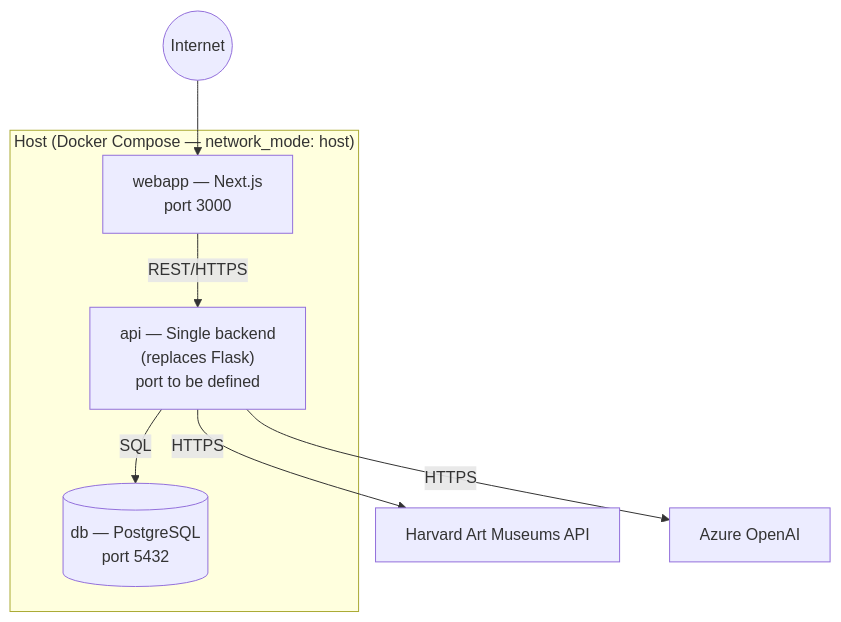
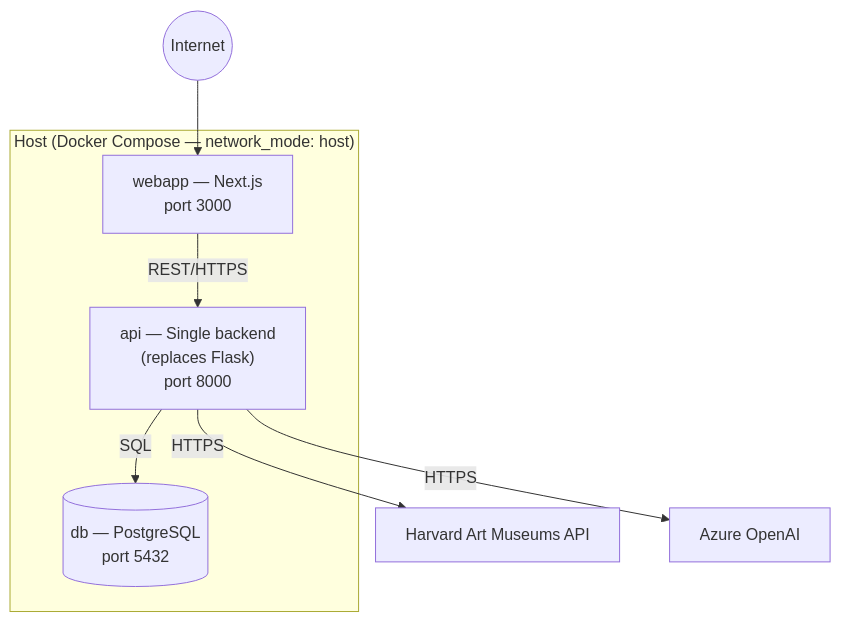
The seventh of 7 diagrams in documentation/specs/04-architecture.md (Jeferson-Filho/Art-Archive-Front-AI), drawn with Mermaid before and after one commit. The commit also changed other lines of this file and 1 other file, not shown here.

````diff
--- a/documentation/specs/04-architecture.md
+++ b/documentation/specs/04-architecture.md
@@ -287,14 +289,14 @@
 ```mermaid
 flowchart TB
     subgraph Host["Host (Docker Compose — network_mode: host)"]
         webapp["webapp — Next.js<br/>port 3000"]
-        api["api — Single backend<br/>(replaces Flask)<br/>port to be defined"]
+        api["api — Single backend<br/>(replaces Flask)<br/>port 8000"]
         db[("db — PostgreSQL<br/>port 5432")]
     end
 
     Internet(("Internet")) --> webapp
     webapp -->|REST/HTTPS| api
     api -->|SQL| db
     api -->|HTTPS| HarvardAPI["Harvard Art Museums API"]
     api -->|HTTPS| AzureOpenAI["Azure OpenAI"]
 ```
````
